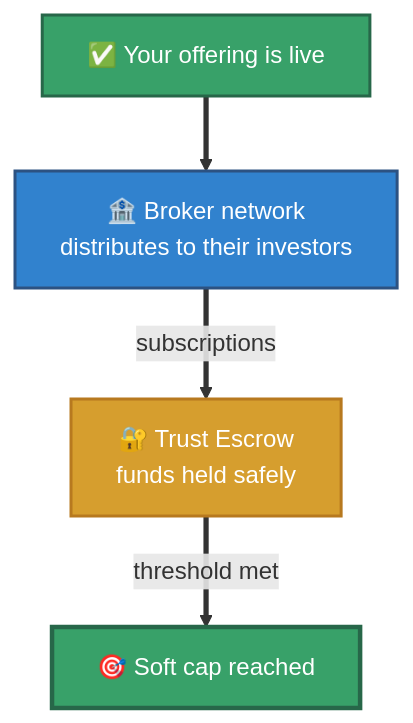
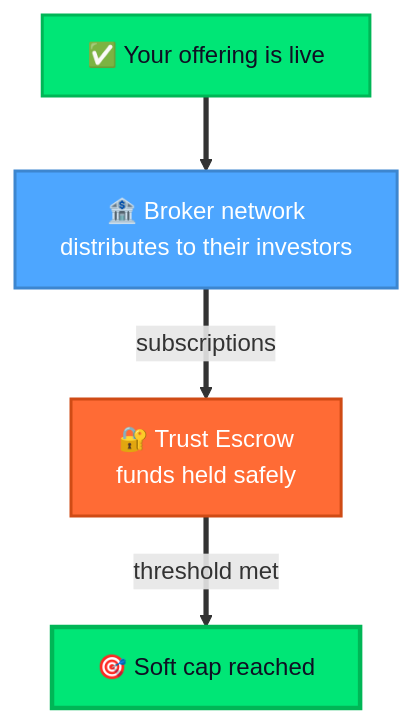
The second of 16 diagrams in hugo-site/content/_index.fr.md (hrbrlife/sailsto_website), drawn with Mermaid before and after one commit. The commit also changed other lines of this file and 9 other files, not shown here.

```diff
--- a/hugo-site/content/_index.fr.md
+++ b/hugo-site/content/_index.fr.md
@@ -368,14 +368,14 @@
 <div class="mermaid">
 flowchart TD
     LIVE["✅ Your offering is live"]
     BROKERS["🏦 Broker network&lt;br/&gt;distributes to their investors"]
     ESC["🔐 Trust Escrow&lt;br/&gt;funds held safely"]
     CAP["🎯 Soft cap reached"]
     LIVE ==> BROKERS
     BROKERS ==>|"subscriptions"| ESC
     ESC ==>|"threshold met"| CAP
-    style LIVE fill:#38a169,color:#fff,stroke:#276749,stroke-width:2px
-    style BROKERS fill:#3182ce,color:#fff,stroke:#2c5282,stroke-width:2px
-    style ESC fill:#d69e2e,color:#fff,stroke:#b7791f,stroke-width:2px
-    style CAP fill:#38a169,color:#fff,stroke:#276749,stroke-width:3px
+    style LIVE fill:#00E676,color:#0F0F23,stroke:#00B656,stroke-width:2px
+    style BROKERS fill:#4DA6FF,color:#fff,stroke:#3D86CF,stroke-width:2px
+    style ESC fill:#FF6B35,color:#fff,stroke:#CF4B15,stroke-width:2px
+    style CAP fill:#00E676,color:#0F0F23,stroke:#00B656,stroke-width:3px
 </div>
```
